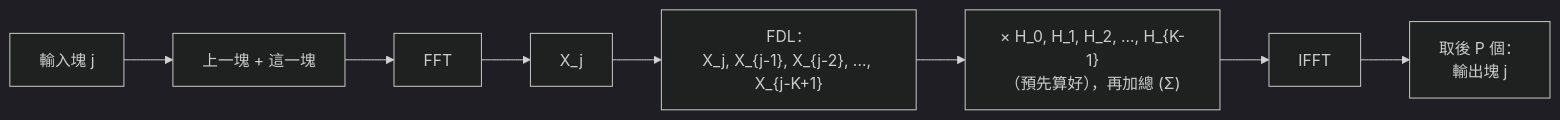
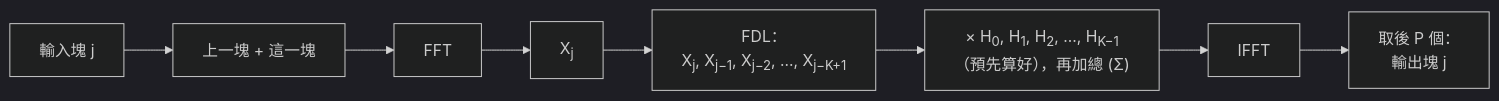
Before and after one commit to TomHsieh300/DAW-for-fun: the ninth of 11 diagrams in lessons/12-reverb/README.zh-TW.md, drawn with Mermaid (dark theme). The commit also changed other lines of this file and 19 other files, not shown here.

First line of the commit message:
lessons: typeset subscripts and superscripts in Mermaid labels

````diff
--- a/lessons/12-reverb/README.zh-TW.md
+++ b/lessons/12-reverb/README.zh-TW.md
@@ -446,7 +446,7 @@
 ```mermaid
 flowchart LR
-    IN["輸入塊 j"] --> FR["上一塊 + 這一塊"] --> F["FFT"] --> XJ["X_j"]
-    XJ --> FDL["FDL：<br/>X_j, X_{j-1}, X_{j-2}, ..., X_{j-K+1}"]
-    FDL --> MAC["× H_0, H_1, H_2, ..., H_{K-1}<br/>（預先算好），再加總 (Σ)"]
+    IN["輸入塊 j"] --> FR["上一塊 + 這一塊"] --> F["FFT"] --> XJ["X<sub>j</sub>"]
+    XJ --> FDL["FDL：<br/>X<sub>j</sub>, X<sub>j−1</sub>, X<sub>j−2</sub>, ..., X<sub>j−K+1</sub>"]
+    FDL --> MAC["× H<sub>0</sub>, H<sub>1</sub>, H<sub>2</sub>, ..., H<sub>K−1</sub><br/>（預先算好），再加總 (Σ)"]
     MAC --> I["IFFT"] --> OUT["取後 P 個：<br/>輸出塊 j"]
 ```
````
